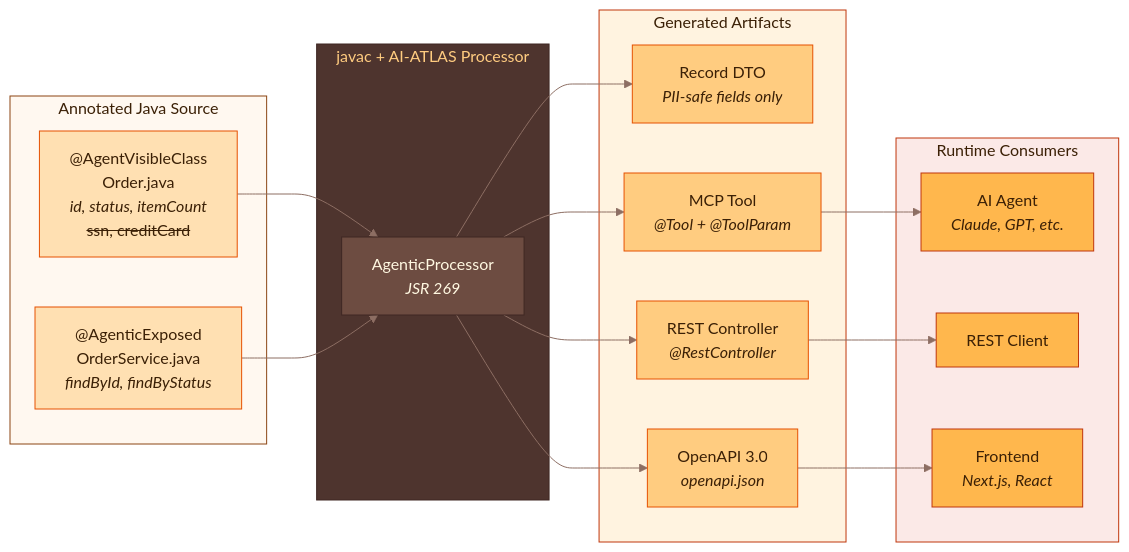
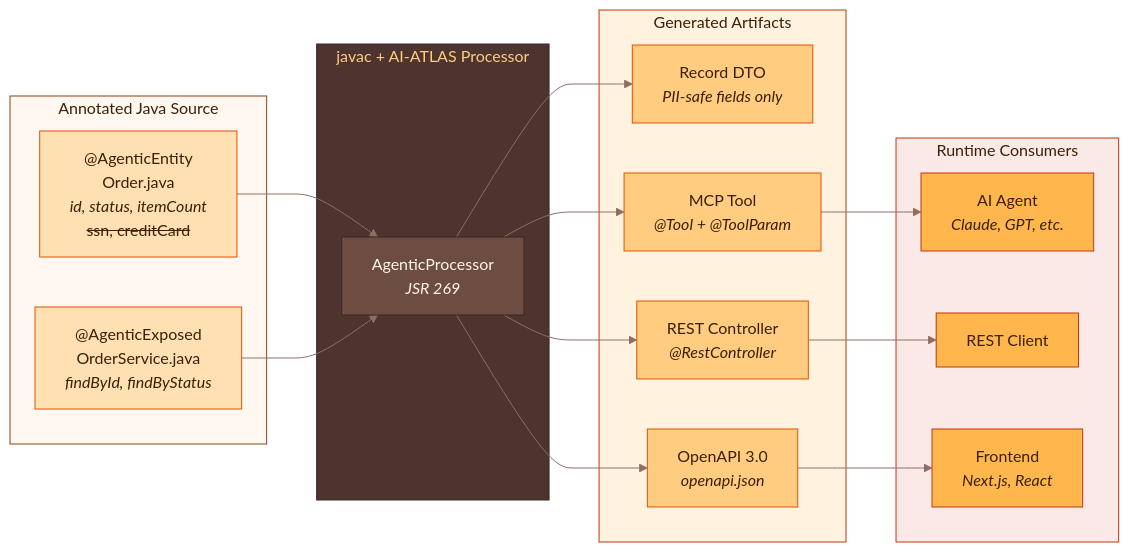
One commit to gosha70/ai-atlas changed the first of 4 diagrams in README.md. Above: the diagram before and after it, drawn with Mermaid. The commit also changed other lines of this file and 40 other files, not shown here.

First line of the commit message:
Rename @AgentVisibleClass → @AgenticEntity and @AgentVisible → @AgenticField

````diff
--- a/README.md
+++ b/README.md
@@ -70,50 +70,50 @@
 ```mermaid
 %%{init: {'theme': 'base', 'themeVariables': {'primaryColor': '#FFE0B2', 'primaryTextColor': '#3b2006', 'primaryBorderColor': '#E65100', 'lineColor': '#8D6E63', 'textColor': '#3b2006'}}}%%
 flowchart LR
     subgraph INPUT["Annotated Java Source"]
-        Entity["@AgentVisibleClass<br/>Order.java<br/><i>id, status, itemCount</i><br/><s>ssn, creditCard</s>"]
+        Entity["@AgenticEntity<br/>Order.java<br/><i>id, status, itemCount</i><br/><s>ssn, creditCard</s>"]
         Service["@AgenticExposed<br/>OrderService.java<br/><i>findById, findByStatus</i>"]
     end
 
     subgraph COMPILE["javac + AI-ATLAS Processor"]
         AP["AgenticProcessor<br/><i>JSR 269</i>"]
     end
 
     subgraph OUTPUT["Generated Artifacts"]
         DTO["Record DTO<br/><i>PII-safe fields only</i>"]
         MCP["MCP Tool<br/><i>@Tool + @ToolParam</i>"]
         REST["REST Controller<br/><i>@RestController</i>"]
         OAPI["OpenAPI 3.0<br/><i>openapi.json</i>"]
     end
 
     subgraph CONSUMERS["Runtime Consumers"]
         Agent["AI Agent<br/><i>Claude, GPT, etc.</i>"]
         Client["REST Client"]
         FE["Frontend<br/><i>Next.js, React</i>"]
     end
 
     Entity --> AP
     Service --> AP
     AP --> DTO
     AP --> MCP
     AP --> REST
     AP --> OAPI
     MCP --> Agent
     REST --> Client
     OAPI --> FE
 
     style INPUT fill:#fff8f0,stroke:#8B4513,color:#3b2006
     style Entity fill:#FFE0B2,stroke:#E65100,color:#3b2006
     style Service fill:#FFE0B2,stroke:#E65100,color:#3b2006
     style COMPILE fill:#4E342E,stroke:#3E2723,color:#FFCC80
     style AP fill:#6D4C41,stroke:#3E2723,color:#FFF8E1
     style OUTPUT fill:#FFF3E0,stroke:#BF360C,color:#3b2006
     style DTO fill:#FFCC80,stroke:#E65100,color:#3b2006
     style MCP fill:#FFCC80,stroke:#E65100,color:#3b2006
     style REST fill:#FFCC80,stroke:#E65100,color:#3b2006
     style OAPI fill:#FFCC80,stroke:#E65100,color:#3b2006
     style CONSUMERS fill:#FBE9E7,stroke:#BF360C,color:#3b2006
     style Agent fill:#FFB74D,stroke:#BF360C,color:#3b2006
     style Client fill:#FFB74D,stroke:#BF360C,color:#3b2006
     style FE fill:#FFB74D,stroke:#BF360C,color:#3b2006
 ```
````
